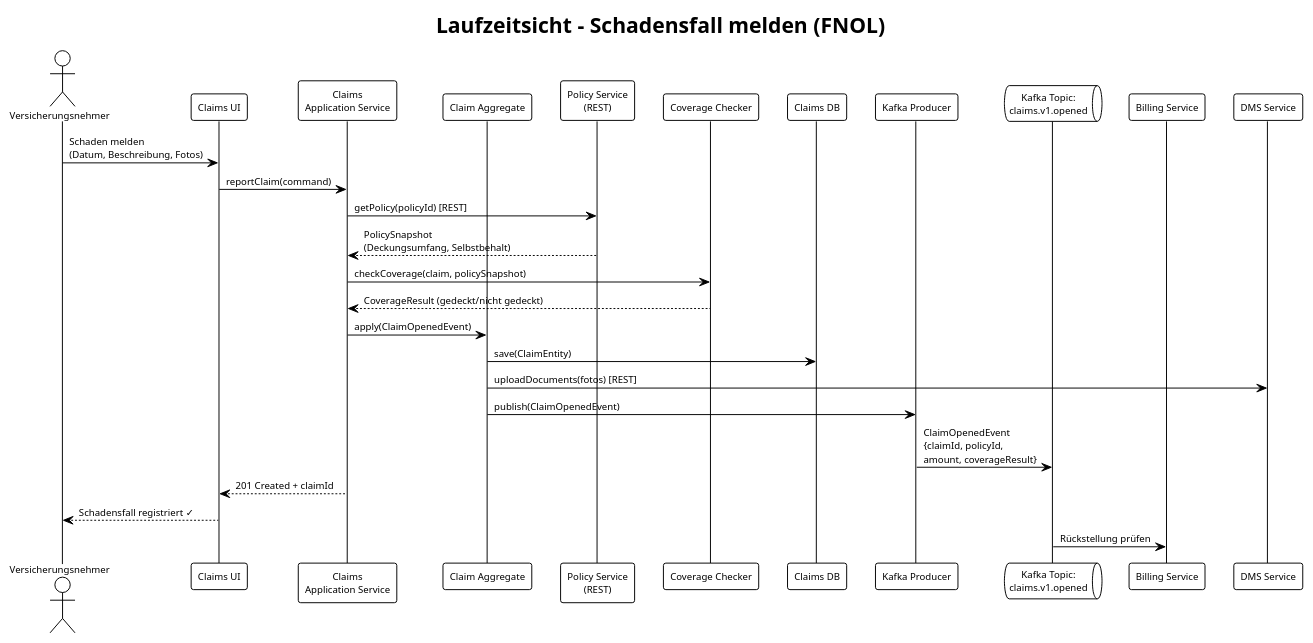
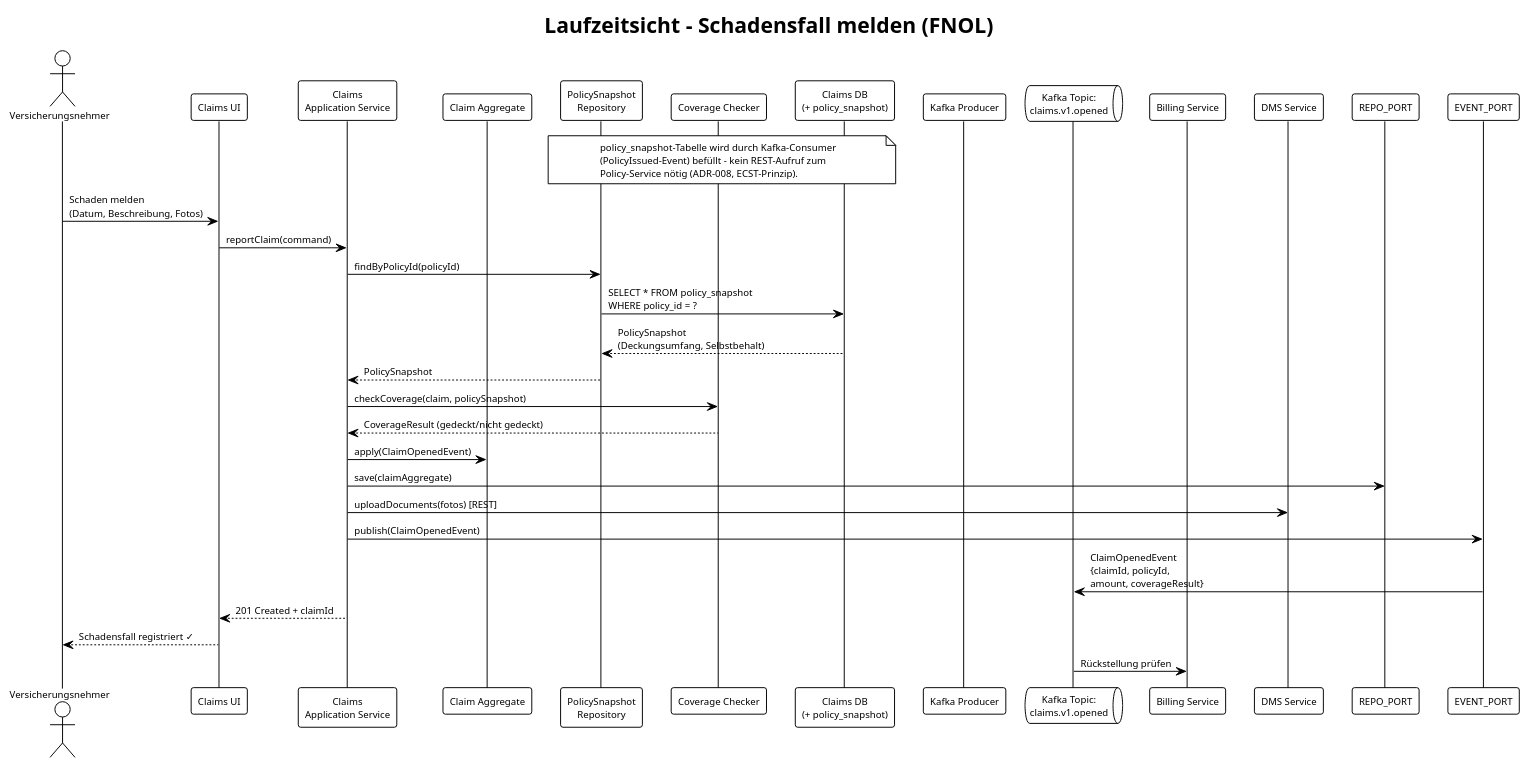
Before and after one commit to LukasW/datamesh: the ninth of 16 diagrams in specs/arc42.md, drawn with PlantUML. The commit also changed other lines of this file and 49 other files, not shown here.

````diff
--- a/specs/arc42.md
+++ b/specs/arc42.md
@@ -580,37 +593,45 @@
 ```plantuml
 @startuml runtime-fnol
 !theme plain
 skinparam defaultFontSize 10
 
 title Laufzeitsicht – Schadensfall melden (FNOL)
 
 actor "Versicherungsnehmer" as VN
 participant "Claims UI" as UI
 participant "Claims\nApplication Service" as APP
 participant "Claim Aggregate" as AGG
-participant "Policy Service\n(REST)" as POLSVC
+participant "PolicySnapshot\nRepository" as SNAP
 participant "Coverage Checker" as COV
-participant "Claims DB" as DB
+participant "Claims DB\n(+ policy_snapshot)" as DB
 participant "Kafka Producer" as KPROD
 queue "Kafka Topic:\nclaims.v1.opened" as TOPIC
 participant "Billing Service" as BIL
 participant "DMS Service" as DMS
 
+note over SNAP, DB
+  policy_snapshot-Tabelle wird durch Kafka-Consumer
+  (PolicyIssued-Event) befüllt – kein REST-Aufruf zum
+  Policy-Service nötig (ADR-008, ECST-Prinzip).
+end note
+
 VN -> UI : Schaden melden\n(Datum, Beschreibung, Fotos)
 UI -> APP : reportClaim(command)
-APP -> POLSVC : getPolicy(policyId) [REST]
-POLSVC --> APP : PolicySnapshot\n(Deckungsumfang, Selbstbehalt)
+APP -> SNAP : findByPolicyId(policyId)
+SNAP -> DB : SELECT * FROM policy_snapshot\nWHERE policy_id = ?
+DB --> SNAP : PolicySnapshot\n(Deckungsumfang, Selbstbehalt)
+SNAP --> APP : PolicySnapshot
 APP -> COV : checkCoverage(claim, policySnapshot)
 COV --> APP : CoverageResult (gedeckt/nicht gedeckt)
 APP -> AGG : apply(ClaimOpenedEvent)
-AGG -> DB : save(ClaimEntity)
-AGG -> DMS : uploadDocuments(fotos) [REST]
-AGG -> KPROD : publish(ClaimOpenedEvent)
-KPROD -> TOPIC : ClaimOpenedEvent\n{claimId, policyId,\namount, coverageResult}
+APP -> REPO_PORT : save(claimAggregate)
+APP -> DMS : uploadDocuments(fotos) [REST]
+APP -> EVENT_PORT : publish(ClaimOpenedEvent)
+EVENT_PORT -> TOPIC : ClaimOpenedEvent\n{claimId, policyId,\namount, coverageResult}
 APP --> UI : 201 Created + claimId
 UI --> VN : Schadensfall registriert ✓
 
 TOPIC -> BIL : Rückstellung prüfen
 
 @enduml
 ```
````
